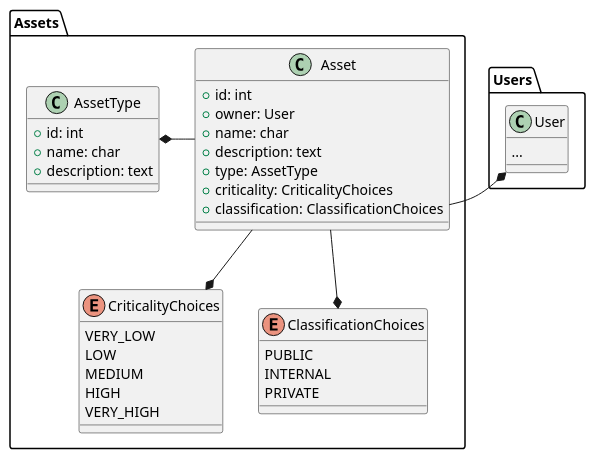
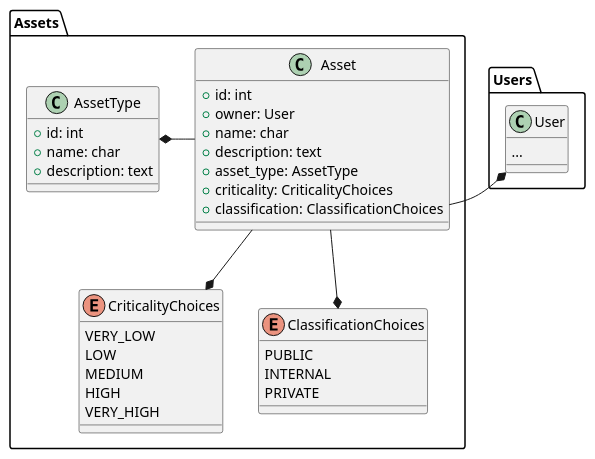
The second of 4 diagrams in docs/rfc/InitialModellingRFC.md (Gabo-araya/sgsi_ext), drawn with PlantUML before and after one commit. The commit also changed other lines of this file and 10 other files, not shown here.

````diff
--- a/docs/rfc/InitialModellingRFC.md
+++ b/docs/rfc/InitialModellingRFC.md
@@ -85,38 +86,38 @@
 ```plantuml
 package Assets {
     class Asset {
         + id: int
         + owner: User
         + name: char
         + description: text
-        + type: AssetType
+        + asset_type: AssetType
         + criticality: CriticalityChoices
         + classification: ClassificationChoices
     }
     class AssetType {
         + id: int
         + name: char
         + description: text
     }
     enum CriticalityChoices {
         VERY_LOW
         LOW
         MEDIUM
         HIGH
         VERY_HIGH
     }
     enum ClassificationChoices {
         PUBLIC
         INTERNAL
         PRIVATE
     }
 }
 class Users.User {
     ...
 }
 
 Assets.Asset -right* Users.User
 Assets.Asset -left* Assets.AssetType
 Assets.Asset --* Assets.CriticalityChoices
 Assets.Asset --* Assets.ClassificationChoices
 ```
````
